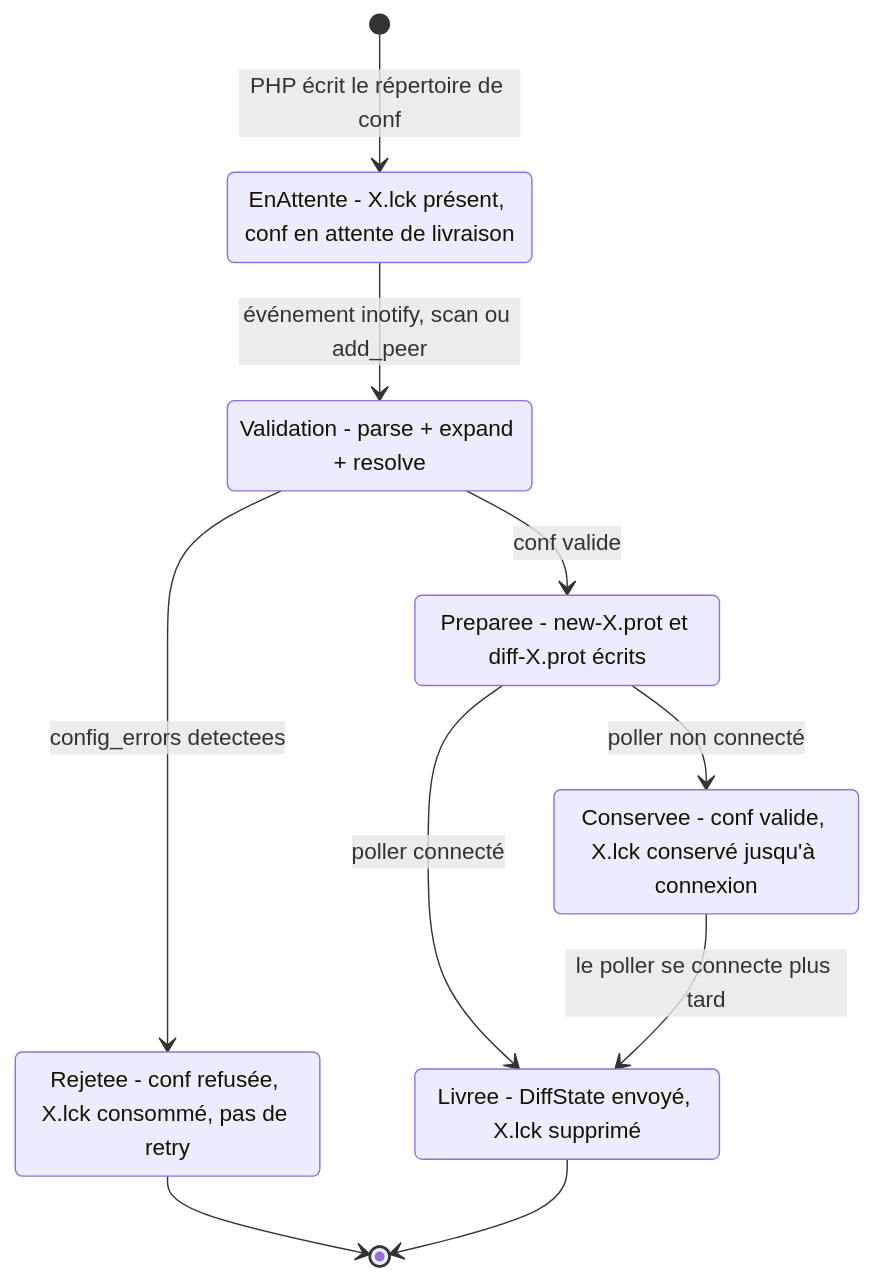
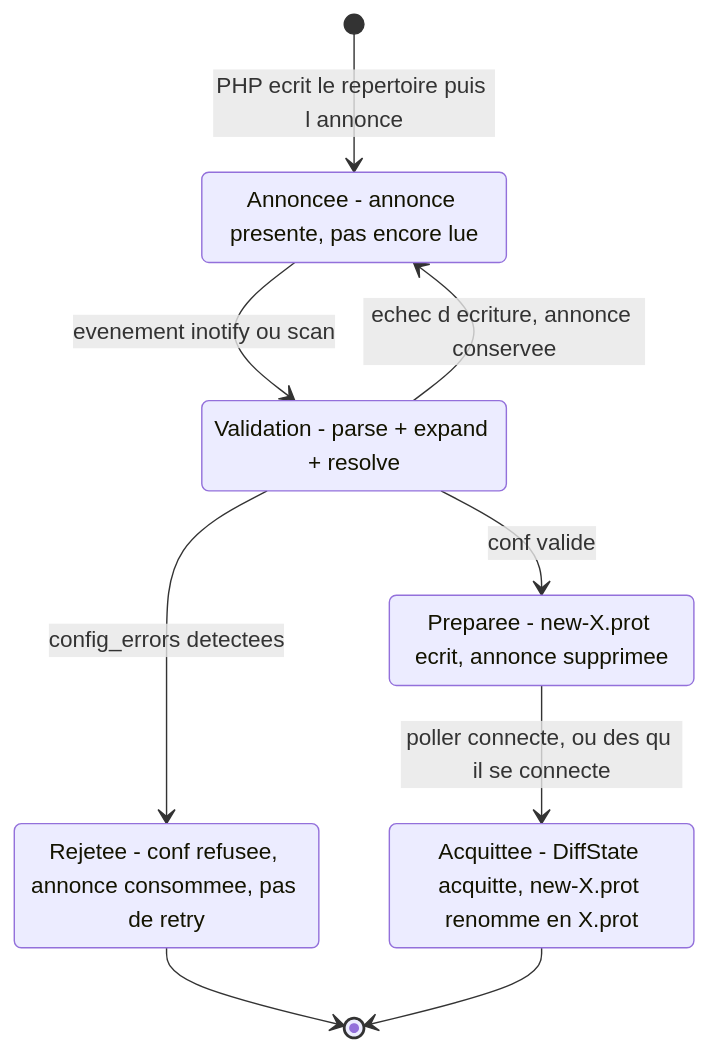
One commit to centreon/centreon-collect changed the eighth of 43 diagrams in doc/nego-engine-broker-fr.md. Above: the diagram before and after it, drawn with Mermaid. The commit also changed other lines of this file and 9 other files, not shown here.

````diff
--- a/doc/nego-engine-broker-fr.md
+++ b/doc/nego-engine-broker-fr.md
@@ -1054,18 +1071,16 @@
 ```mermaid
 stateDiagram-v2
-    EnAttente: EnAttente - X.lck présent, conf en attente de livraison
+    Annoncee: Annoncee - annonce presente, pas encore lue
     Validation: Validation - parse + expand + resolve
-    Rejetee: Rejetee - conf refusée, X.lck consommé, pas de retry
-    Preparee: Preparee - new-X.prot et diff-X.prot écrits
-    Conservee: Conservee - conf valide, X.lck conservé jusqu'à connexion
-    Livree: Livree - DiffState envoyé, X.lck supprimé
-    [*] --> EnAttente: PHP écrit le répertoire de conf
-    EnAttente --> Validation: événement inotify, scan ou add_peer
+    Rejetee: Rejetee - conf refusee, annonce consommee, pas de retry
+    Preparee: Preparee - new-X.prot ecrit, annonce supprimee
+    Acquittee: Acquittee - DiffState acquitte, new-X.prot renomme en X.prot
+    [*] --> Annoncee: PHP ecrit le repertoire puis l annonce
+    Annoncee --> Validation: evenement inotify ou scan
     Validation --> Rejetee: config_errors detectees
+    Validation --> Annoncee: echec d ecriture, annonce conservee
     Validation --> Preparee: conf valide
     Rejetee --> [*]
-    Preparee --> Livree: poller connecté
-    Preparee --> Conservee: poller non connecté
-    Conservee --> Livree: le poller se connecte plus tard
-    Livree --> [*]
+    Preparee --> Acquittee: poller connecte, ou des qu il se connecte
+    Acquittee --> [*]
 ```
````
